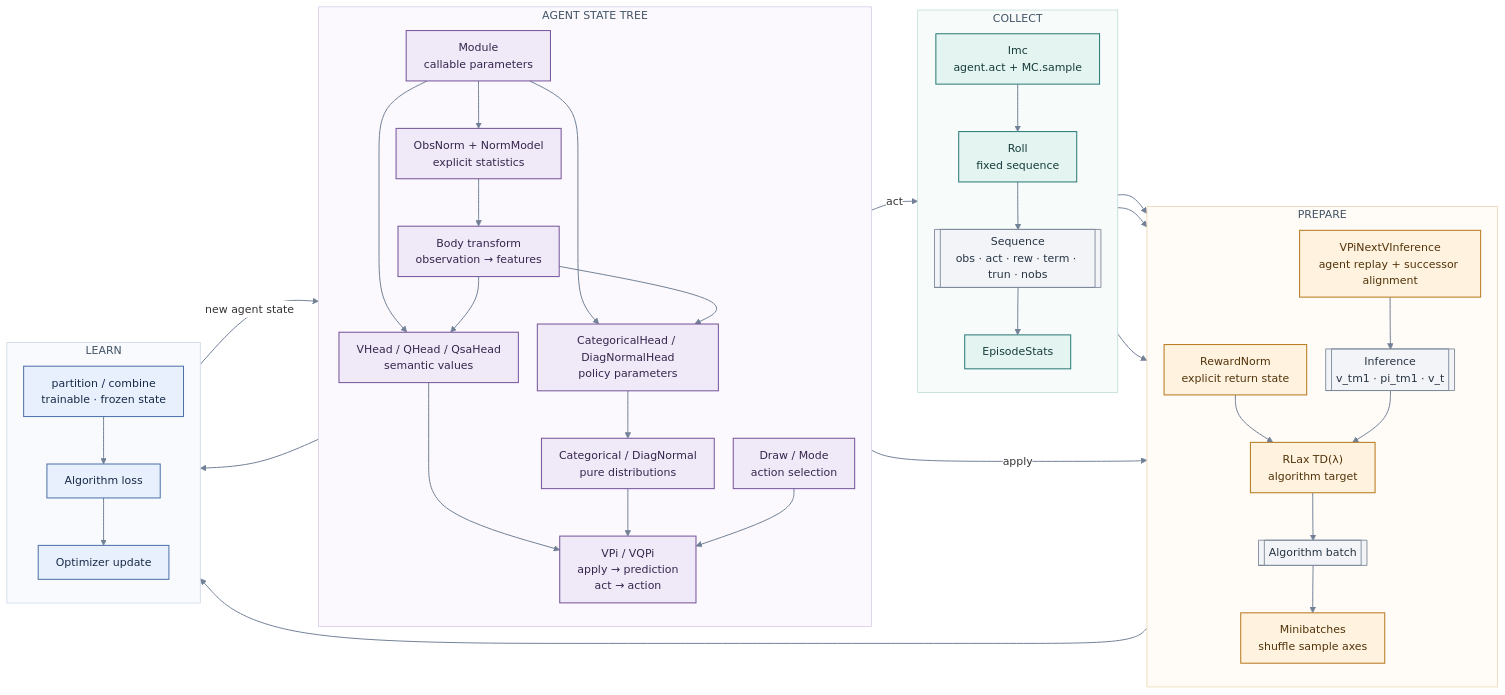
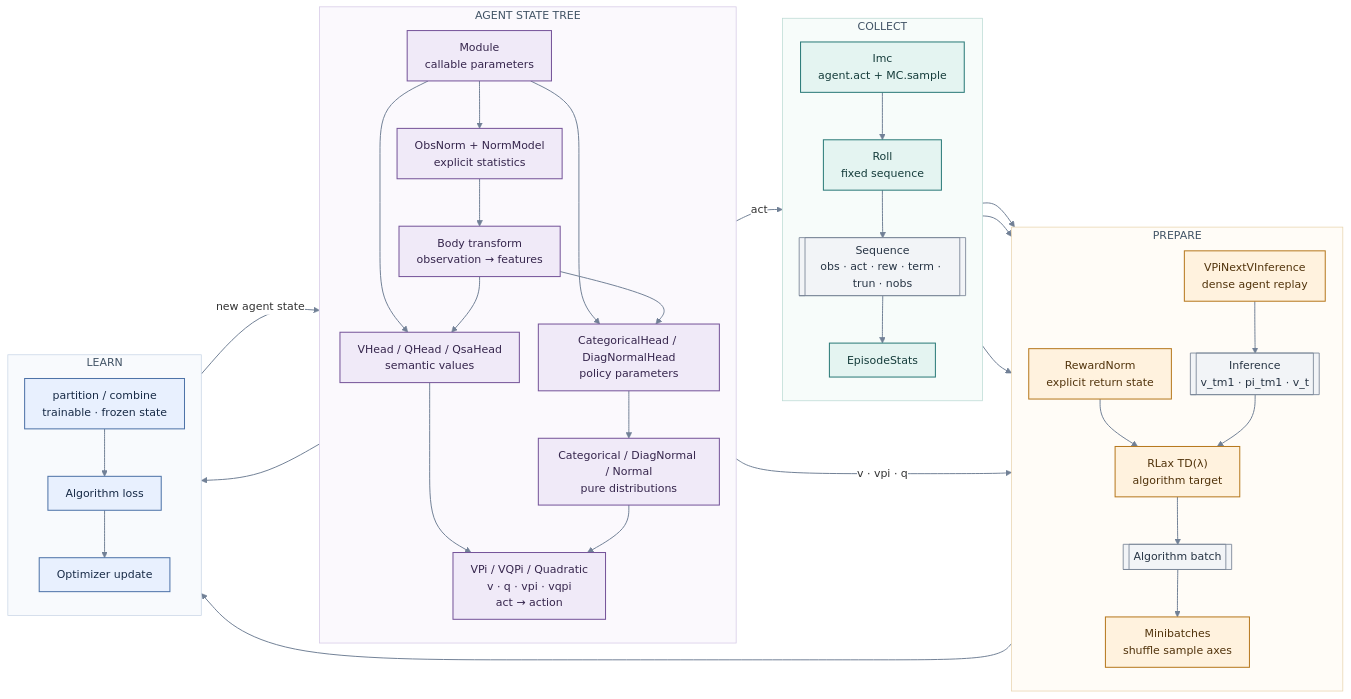
Before and after one commit to TolgaOk/jaxtor: the second of 3 diagrams in doc/components.md, drawn with Mermaid. The commit also changed other lines of this file and 2 other files, not shown here.

````diff
--- a/doc/components.md
+++ b/doc/components.md
@@ -134,81 +128,79 @@
 ```mermaid
 %%{init: {"theme":"base","themeVariables":{"fontFamily":"Inter, ui-sans-serif, system-ui, sans-serif","fontSize":"15px","lineColor":"#718096","edgeLabelBackground":"#ffffff"},"flowchart":{"curve":"basis","nodeSpacing":26,"rankSpacing":40,"padding":12}}}%%
 flowchart LR
     subgraph model_tree["AGENT STATE TREE"]
         direction TB
         module["Module<br/>callable parameters"]
         norm["ObsNorm + NormModel<br/>explicit statistics"]
         body["Body transform<br/>observation → features"]
         vhead["VHead / QHead / QsaHead<br/>semantic values"]
         pihead["CategoricalHead / DiagNormalHead<br/>policy parameters"]
-        dist["Categorical / DiagNormal<br/>pure distributions"]
-        select["Draw / Mode<br/>action selection"]
-        agent["VPi / VQPi<br/>apply → prediction<br/>act → action"]
+        dist["Categorical / DiagNormal / Normal<br/>pure distributions"]
+        agent["VPi / VQPi / Quadratic<br/>v · q · vpi · vqpi<br/>act → action"]
 
         module --> norm --> body
         module --> vhead
         module --> pihead --> dist
         body --> vhead
         body --> pihead
         vhead --> agent
         dist --> agent
-        select --> agent
     end
 
     subgraph collect["COLLECT"]
         direction TB
         imc["Imc<br/>agent.act + MC.sample"]
         roll["Roll<br/>fixed sequence"]
         seq[["Sequence<br/>obs · act · rew · term · trun · nobs"]]
         stats["EpisodeStats"]
         imc --> roll --> seq
         seq --> stats
     end
 
     subgraph prepare["PREPARE"]
         direction TB
         rew["RewardNorm<br/>explicit return state"]
-        inference["VPiNextVInference<br/>agent replay + successor alignment"]
+        inference["VPiNextVInference<br/>dense agent replay"]
         infer[["Inference<br/>v_tm1 · pi_tm1 · v_t"]]
         target["RLax TD(λ)<br/>algorithm target"]
         batch[["Algorithm batch"]]
         mini["Minibatches<br/>shuffle sample axes"]
         rew --> target
         inference --> infer --> target --> batch --> mini
     end
 
     subgraph learn["LEARN"]
         direction TB
         split["partition / combine<br/>trainable · frozen state"]
         loss["Algorithm loss"]
         update["Optimizer update"]
         split --> loss --> update
     end
 
     agent -->|act| imc
-    agent -->|apply| inference
+    agent -->|v · vpi · q| inference
     seq --> rew
     seq --> inference
     seq --> batch
     mini --> loss
     agent --> split
     update -->|new agent state| agent
 
     classDef model fill:#F0EAF8,stroke:#76559A,color:#35254C,stroke-width:1.4px;
     classDef sampler fill:#E4F4F1,stroke:#2B7A78,color:#153C3B,stroke-width:1.4px;
     classDef prepareNode fill:#FFF2DE,stroke:#B7791F,color:#51330B,stroke-width:1.4px;
     classDef data fill:#F2F4F7,stroke:#7C8798,color:#273444,stroke-width:1.2px;
     classDef learnNode fill:#E8F0FE,stroke:#4E73A8,color:#172A46,stroke-width:1.4px;
 
-    class module,norm,body,vhead,pihead,dist,select,agent model;
+    class module,norm,body,vhead,pihead,dist,agent model;
     class imc,roll,stats sampler;
     class rew,inference,target,mini prepareNode;
     class seq,infer,batch data;
     class split,loss,update learnNode;
 
     style model_tree fill:#FBF9FD,stroke:#D4C8E5,stroke-width:1px,color:#425466
     style collect fill:#F7FCFA,stroke:#BBDAD4,stroke-width:1px,color:#425466
     style prepare fill:#FFFCF7,stroke:#E8D3AD,stroke-width:1px,color:#425466
     style learn fill:#F8FAFD,stroke:#C8D5E6,stroke-width:1px,color:#425466
     linkStyle default stroke:#718096,stroke-width:1.35px;
 ```
````
